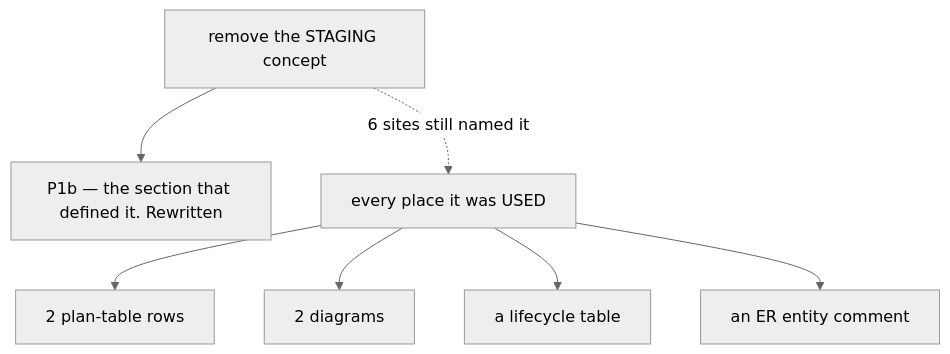
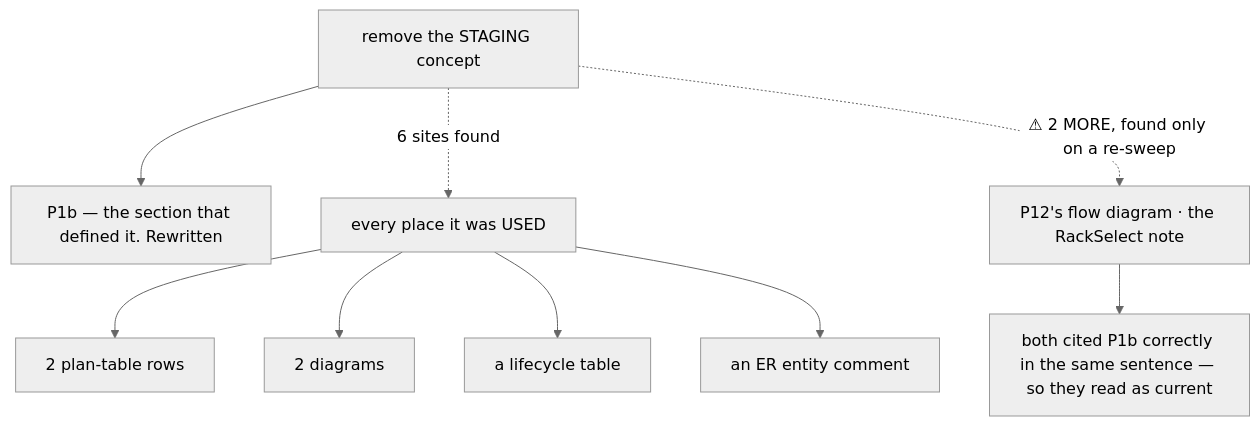
One commit to pdcgo/warehouse_revamp changed diagram 38 of 42 in disscuss/architecture/stock_movement_log.md. Above: the diagram before and after it, drawn with Mermaid (neutral theme). The commit also changed other lines of this file and 28 other files, not shown here.

````diff
--- a/disscuss/architecture/stock_movement_log.md
+++ b/disscuss/architecture/stock_movement_log.md
@@ -1975,9 +2140,11 @@
 ```mermaid
 flowchart TD
   R["remove the STAGING concept"] --> D["P1b — the section that defined it. Rewritten"]
-  R -.->|"6 sites still named it"| U["every place it was USED"]
+  R -.->|"6 sites found"| U["every place it was USED"]
   U --> U1["2 plan-table rows"]
   U --> U2["2 diagrams"]
   U --> U3["a lifecycle table"]
   U --> U4["an ER entity comment"]
+  R -.->|"⚠ 2 MORE, found only on a re-sweep"| V["P12's flow diagram · the RackSelect note"]
+  V --> V1["both cited P1b correctly in the same sentence — so they read as current"]
 ```
````
